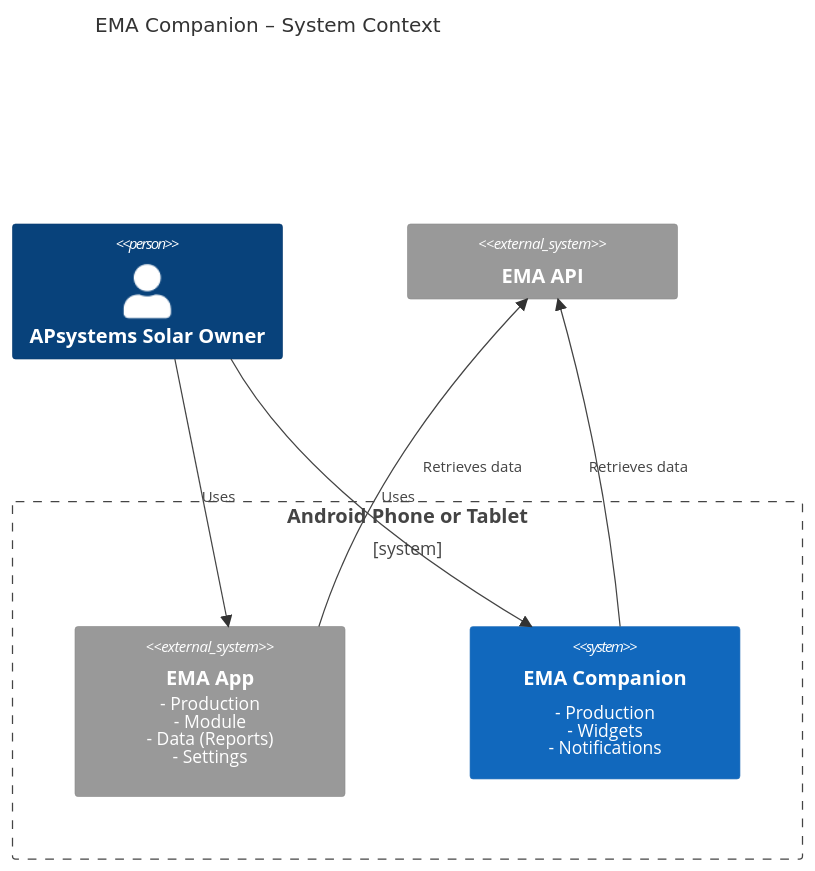
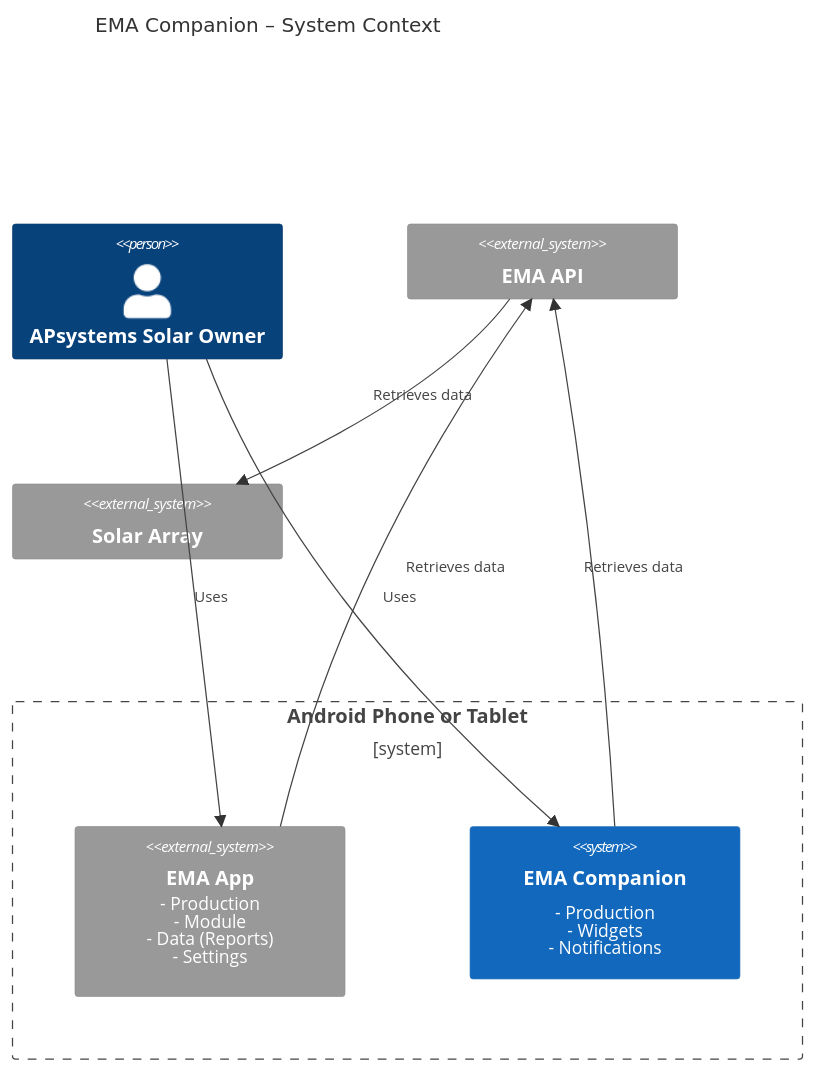
One commit to schlueternetz/ema-companion changed the diagram in README.md. Above: the diagram before and after it, drawn with Mermaid. The commit also changed other lines of this file and 38 other files, not shown here.

````diff
--- a/README.md
+++ b/README.md
@@ -8,18 +8,20 @@
 ```mermaid
 C4Context
     title EMA Companion – System Context
 
     Person(owner, "APsystems Solar Owner")
 
     Boundary(device, "Android Phone or Tablet") {
         System_Ext(emaApp, "EMA App", "- Production<br/>- Module<br/>- Data (Reports)<br/>- Settings")
         System(companion, "EMA Companion", "- Production<br/>- Widgets<br/>- Notifications")
     }
 
     System_Ext(emaApi, "EMA API")
+    System_Ext(solarArray, "Solar Array")
 
     Rel(owner, emaApp, "Uses")
     Rel(owner, companion, "Uses")
     Rel(emaApp, emaApi, "Retrieves data")
     Rel(companion, emaApi, "Retrieves data")
+    Rel(emaApi, solarArray, "Retrieves data")
 ```
````
